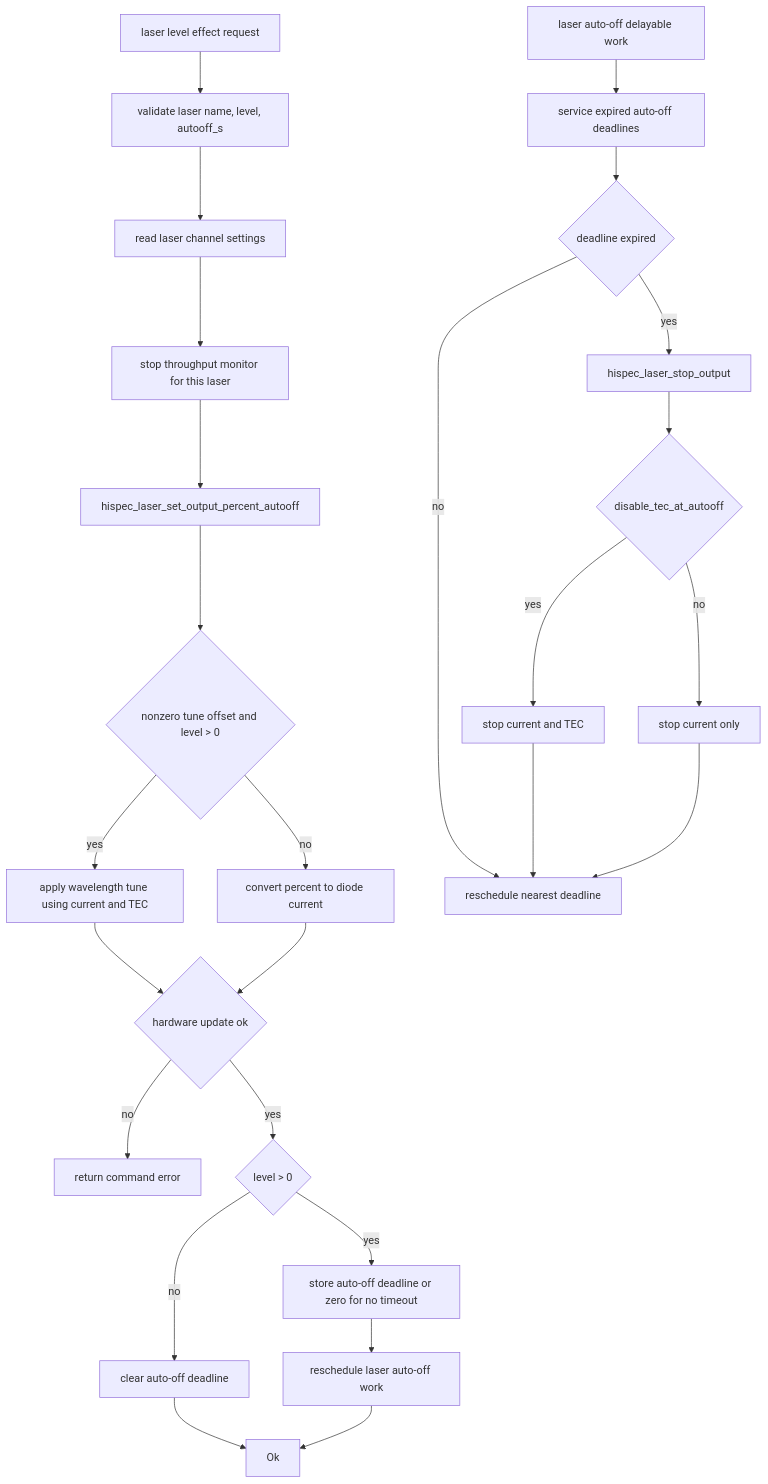
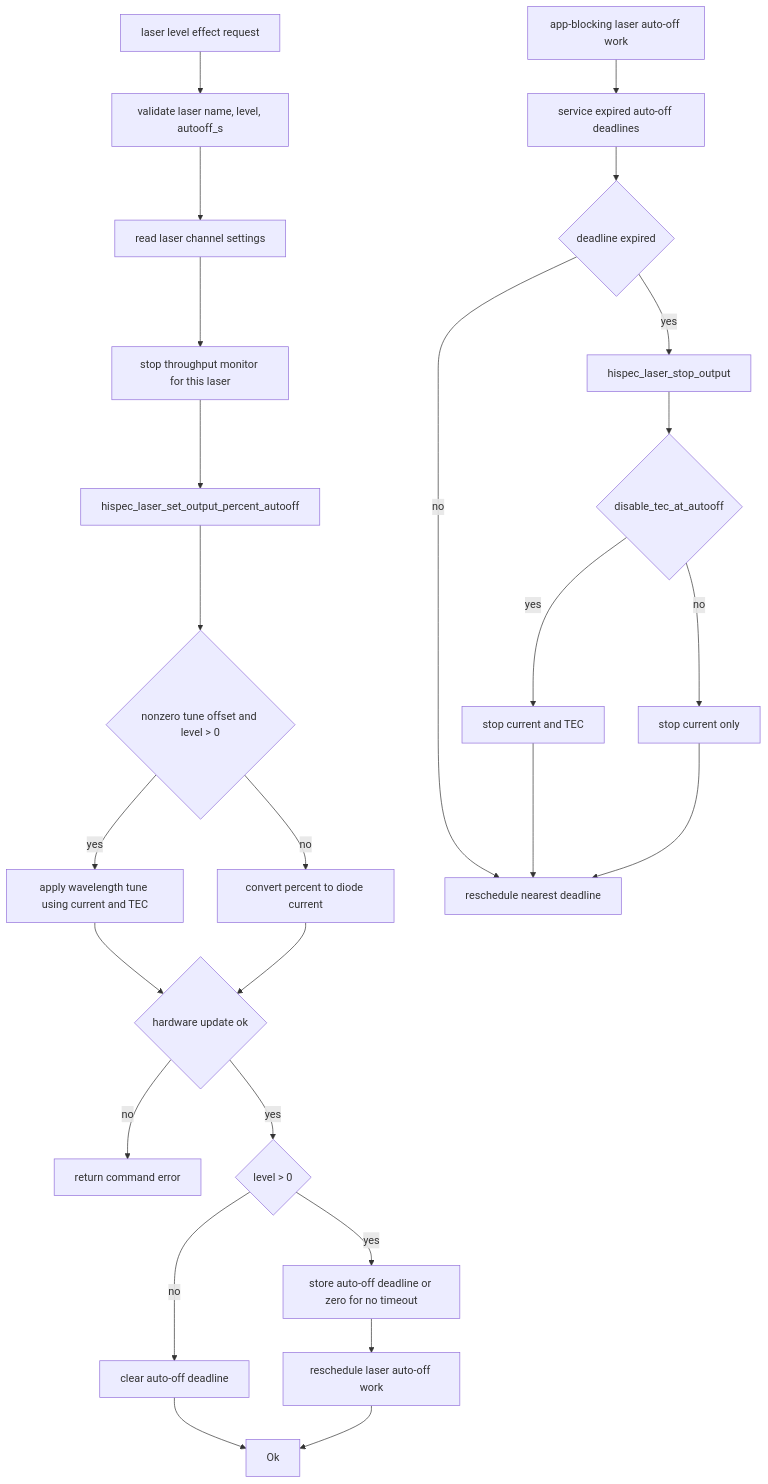
Diagram 21 of 22 in doc/diagrams.md (COO-Utilities/hispec-tib), drawn with Mermaid before and after one commit. The commit also changed other lines of this file and 12 other files, not shown here.

Commit message:
Move blocking app work off system queue

````diff
--- a/doc/diagrams.md
+++ b/doc/diagrams.md
@@ -460,29 +460,29 @@
 ```mermaid
 flowchart TD
   Request[laser level effect request] --> Parse[validate laser name, level, autooff_s]
   Parse --> Settings[read laser channel settings]
   Settings --> StopTP[stop throughput monitor for this laser]
   StopTP --> SetOutput[hispec_laser_set_output_percent_autooff]
   SetOutput --> Tuned{nonzero tune offset and level > 0}
   Tuned -- yes --> Tune[apply wavelength tune using current and TEC]
   Tuned -- no --> Percent[convert percent to diode current]
   Tune --> Applied{hardware update ok}
   Percent --> Applied
   Applied -- no --> Error[return command error]
   Applied -- yes --> LevelPositive{level > 0}
   LevelPositive -- yes --> Deadline[store auto-off deadline or zero for no timeout]
   LevelPositive -- no --> Clear[clear auto-off deadline]
   Deadline --> ScheduleTimeout[reschedule laser auto-off work]
   Clear --> Ok
   ScheduleTimeout --> Ok
 
-  TimeoutActor[laser auto-off delayable work] --> Service[service expired auto-off deadlines]
+  TimeoutActor[app-blocking laser auto-off work] --> Service[service expired auto-off deadlines]
   Service --> Expired{deadline expired}
   Expired -- no --> Wait[reschedule nearest deadline]
   Expired -- yes --> StopOutput[hispec_laser_stop_output]
   StopOutput --> DisableTec{disable_tec_at_autooff}
   DisableTec -- yes --> TecOff[stop current and TEC]
   DisableTec -- no --> CurrentOff[stop current only]
   TecOff --> Wait
   CurrentOff --> Wait
 ```
````
